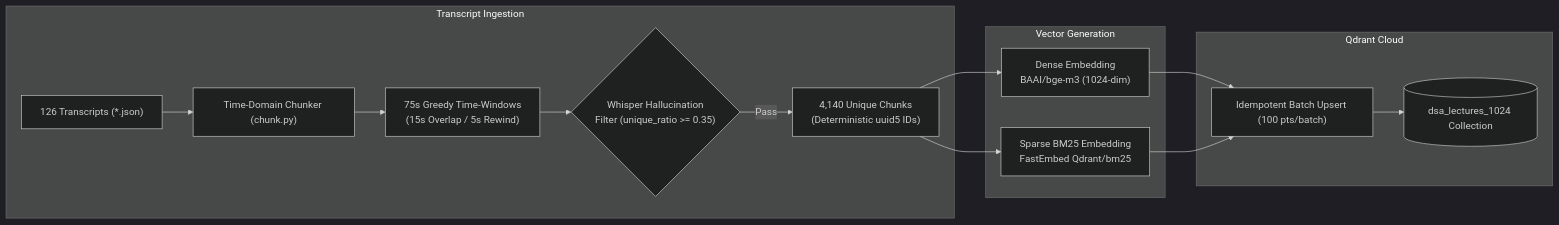
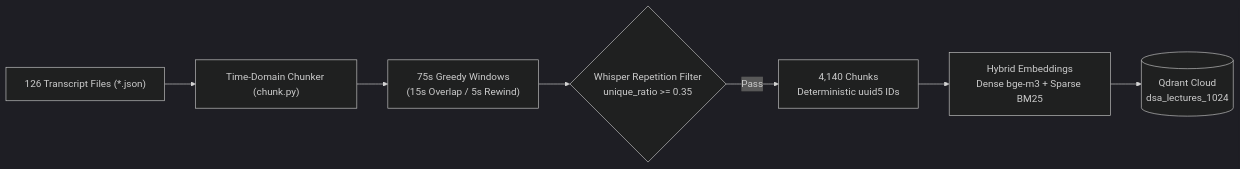
Before and after one commit to matrix-1407/chronoRAG: the third of 3 diagrams in README.md, drawn with Mermaid (dark theme). The commit also changed other lines of this file, not shown here.

Commit message:
docs: fix mermaid syntax in architecture diagram and simplify retrieval flow

````diff
--- a/README.md
+++ b/README.md
@@ -139,25 +107,9 @@
 ```mermaid
 flowchart LR
-    subgraph Ingestion["Transcript Ingestion"]
-        JSONs["126 Transcripts (*.json)"] --> Chunker["Time-Domain Chunker (chunk.py)"]
-        Chunker --> Window["75s Greedy Time-Windows
-        (15s Overlap / 5s Rewind)"]
-        Window --> LoopFilter{"Whisper Hallucination
-        Filter (unique_ratio >= 0.35)"}
-        LoopFilter -- Pass --> ChunkObj["4,140 Unique Chunks
-        (Deterministic uuid5 IDs)"]
-    end
-
-    subgraph Embedding["Vector Generation"]
-        ChunkObj --> DenseBatch["Dense Embedding
-        BAAI/bge-m3 (1024-dim)"]
-        ChunkObj --> SparseBatch["Sparse BM25 Embedding
-        FastEmbed Qdrant/bm25"]
-    end
-
-    subgraph Upsert["Qdrant Cloud"]
-        DenseBatch --> UpsertCall["Idempotent Batch Upsert (100 pts/batch)"]
-        SparseBatch --> UpsertCall
-        UpsertCall --> QdrantIndex[("dsa_lectures_1024 Collection")]
-    end
+    JSONs["126 Transcript Files (*.json)"] --> Chunker["Time-Domain Chunker (chunk.py)"]
+    Chunker --> Window["75s Greedy Windows<br/>(15s Overlap / 5s Rewind)"]
+    Window --> LoopFilter{"Whisper Repetition Filter<br/>unique_ratio >= 0.35"}
+    LoopFilter -->|"Pass"| ChunkObj["4,140 Chunks<br/>Deterministic uuid5 IDs"]
+    ChunkObj --> Embeddings["Hybrid Embeddings<br/>Dense bge-m3 + Sparse BM25"]
+    Embeddings --> QdrantDB[("Qdrant Cloud<br/>dsa_lectures_1024")]
 ```
````
